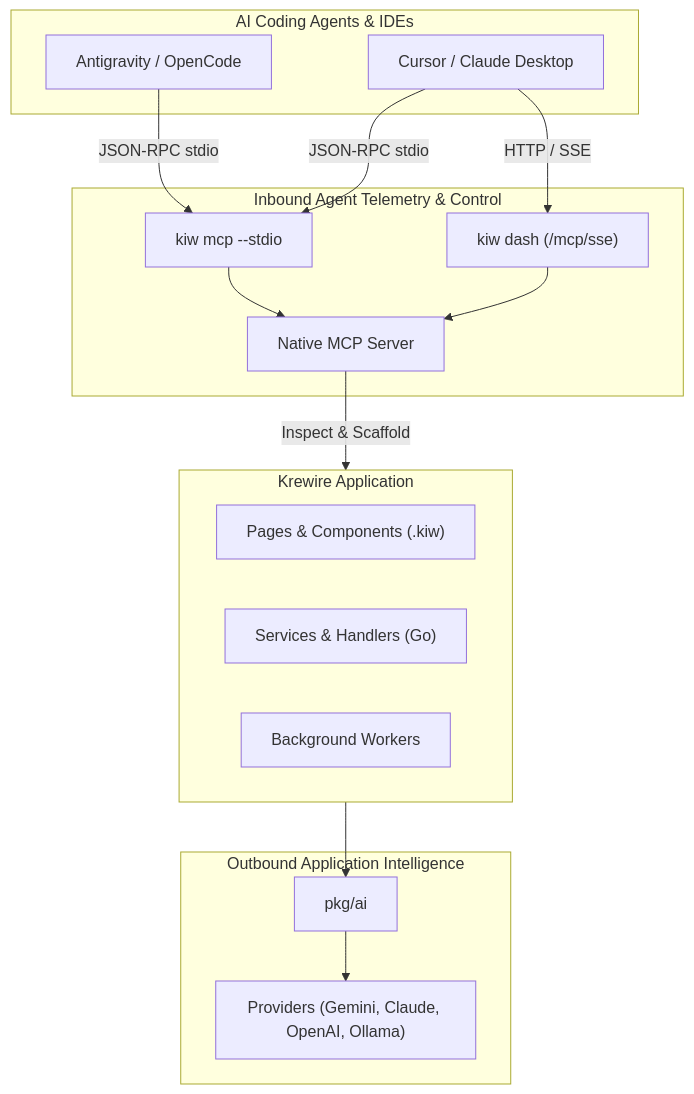
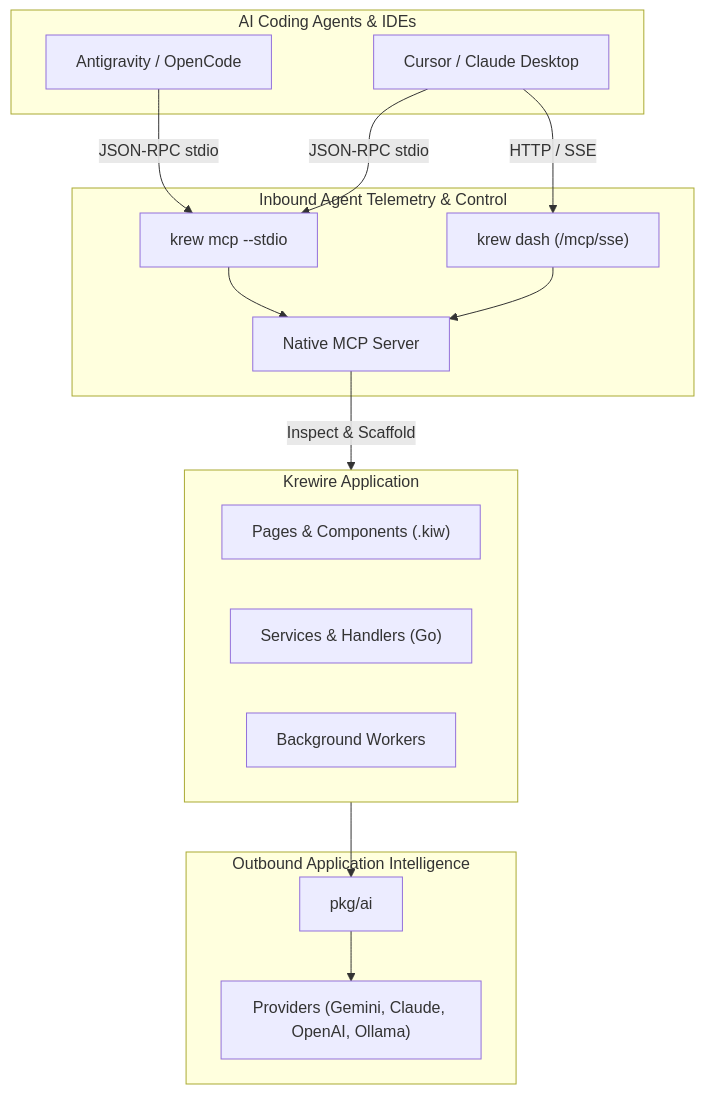
One commit to krewire/krewire.com changed the diagram in content/en/docs/10-guides/04-agentic-development.md. Above: the diagram before and after it, drawn with Mermaid. The commit also changed other lines of this file and 64 other files, not shown here.

````diff
--- a/content/en/docs/10-guides/04-agentic-development.md
+++ b/content/en/docs/10-guides/04-agentic-development.md
@@ -17,34 +17,34 @@
 ```mermaid
 flowchart TD
     subgraph Agents ["AI Coding Agents & IDEs"]
         AGY["Antigravity / OpenCode"]
         CUR["Cursor / Claude Desktop"]
     end
 
     subgraph Inbound ["Inbound Agent Telemetry & Control"]
-        STDIO["kiw mcp --stdio"]
-        SSE["kiw dash (/mcp/sse)"]
+        STDIO["krew mcp --stdio"]
+        SSE["krew dash (/mcp/sse)"]
         SRV["Native MCP Server"]
     end
 
     subgraph Outbound ["Outbound Application Intelligence"]
         AISDK["pkg/ai"]
         PROV["Providers (Gemini, Claude, OpenAI, Ollama)"]
     end
 
     subgraph Project ["Krewire Application"]
         PAGES["Pages & Components (.kiw)"]
         SERVICES["Services & Handlers (Go)"]
         WORKERS["Background Workers"]
     end
 
     AGY -->|JSON-RPC stdio| STDIO
     CUR -->|JSON-RPC stdio| STDIO
     CUR -->|HTTP / SSE| SSE
     STDIO --> SRV
     SSE --> SRV
     SRV -->|Inspect & Scaffold| Project
 
     Project --> AISDK
     AISDK --> PROV
 ```
````
